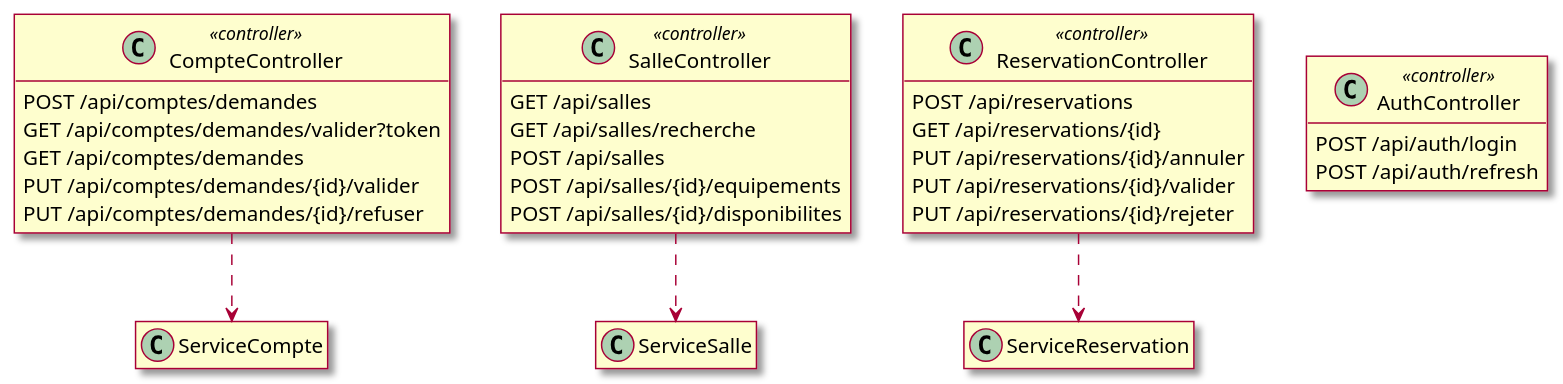
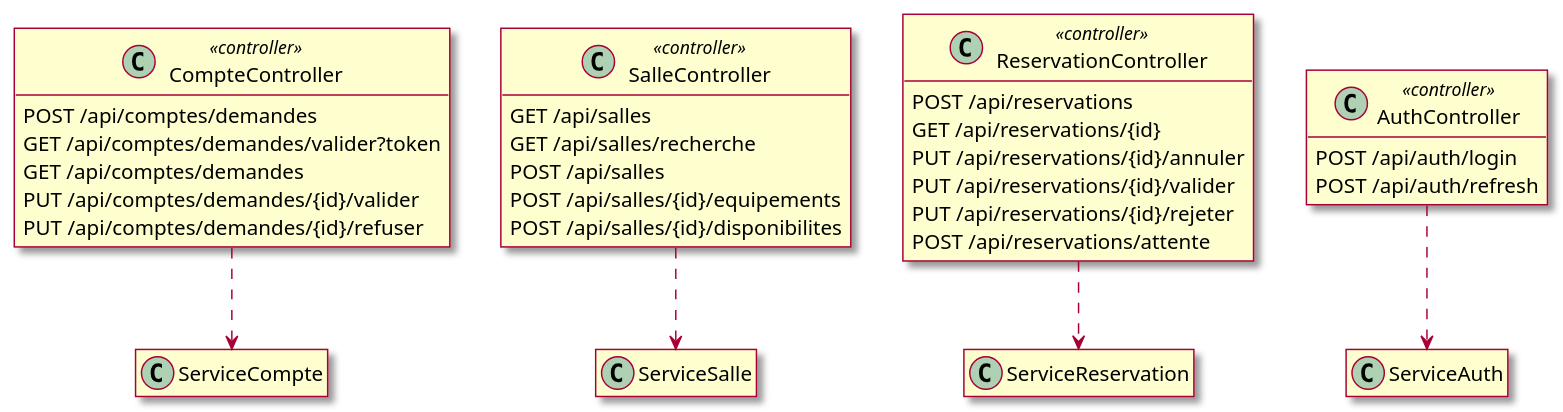
One commit to mrajaonson/glg204-room-management-system changed diagram 36 of 36 in docs/03-Conception.md. Above: the diagram before and after it, drawn with PlantUML. The commit also changed other lines of this file and 5 other files, not shown here.

````diff
--- a/docs/03-Conception.md
+++ b/docs/03-Conception.md
@@ -1479,39 +1730,41 @@
 ```plantuml
 @startuml
 skin rose
 hide empty members
 
 class CompteController <<controller>> {
   POST /api/comptes/demandes
   GET /api/comptes/demandes/valider?token
   GET /api/comptes/demandes
   PUT /api/comptes/demandes/{id}/valider
   PUT /api/comptes/demandes/{id}/refuser
 }
 
 class SalleController <<controller>> {
   GET /api/salles
   GET /api/salles/recherche
   POST /api/salles
   POST /api/salles/{id}/equipements
   POST /api/salles/{id}/disponibilites
 }
 
 class ReservationController <<controller>> {
   POST /api/reservations
   GET /api/reservations/{id}
   PUT /api/reservations/{id}/annuler
   PUT /api/reservations/{id}/valider
   PUT /api/reservations/{id}/rejeter
+  POST /api/reservations/attente
 }
 
 class AuthController <<controller>> {
   POST /api/auth/login
   POST /api/auth/refresh
 }
 
 CompteController ..> ServiceCompte
 SalleController ..> ServiceSalle
 ReservationController ..> ServiceReservation
+AuthController ..> ServiceAuth
 @enduml
 ```
````
